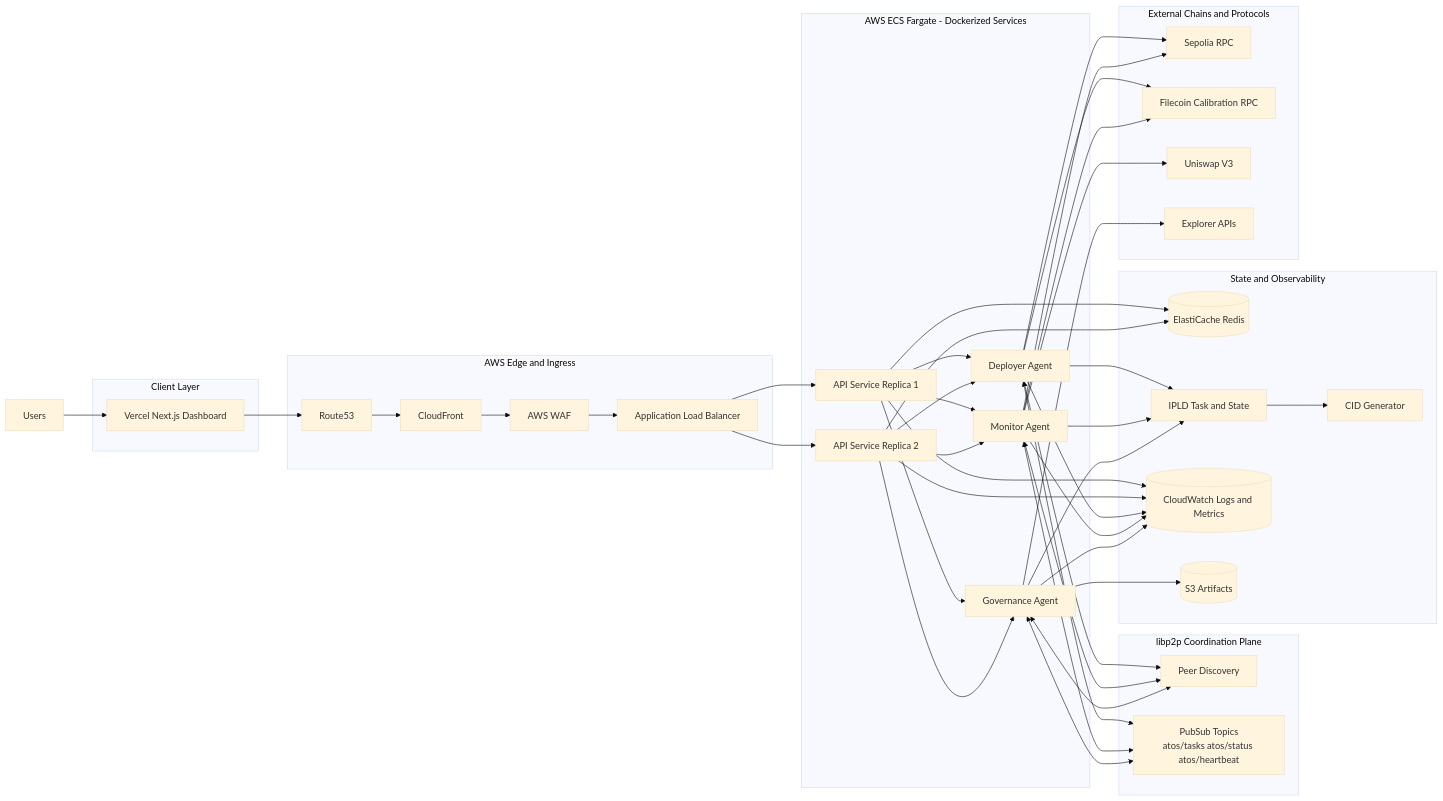
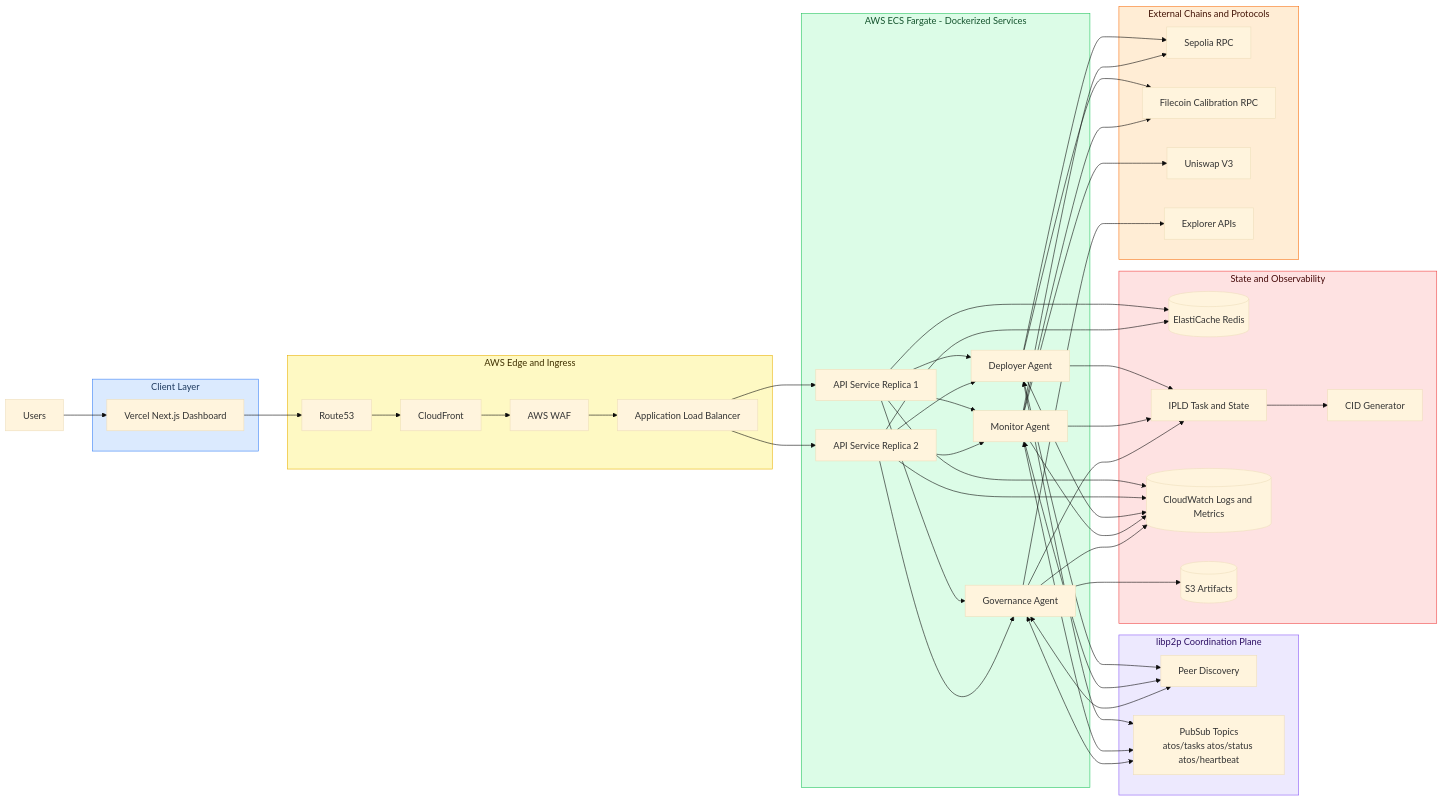
Before and after one commit to anurag-p6/ATOS-Research-Lab: the first of 2 diagrams in README.md, drawn with Mermaid (base theme). The commit also changed 2 other files, not shown here.

Commit message:
added the md files for explanation

````diff
--- a/README.md
+++ b/README.md
@@ -82,4 +82,11 @@
     D --> CW
     M --> CW
     G --> CW
+
+    style FE fill:#dbeafe,stroke:#3b82f6,color:#1e3a5f
+    style EDGE fill:#fef9c3,stroke:#eab308,color:#3f3000
+    style APP fill:#dcfce7,stroke:#22c55e,color:#14532d
+    style P2P fill:#ede9fe,stroke:#8b5cf6,color:#2e1065
+    style DATA fill:#fee2e2,stroke:#ef4444,color:#450a0a
+    style EXT fill:#ffedd5,stroke:#f97316,color:#431407
 ```
````
